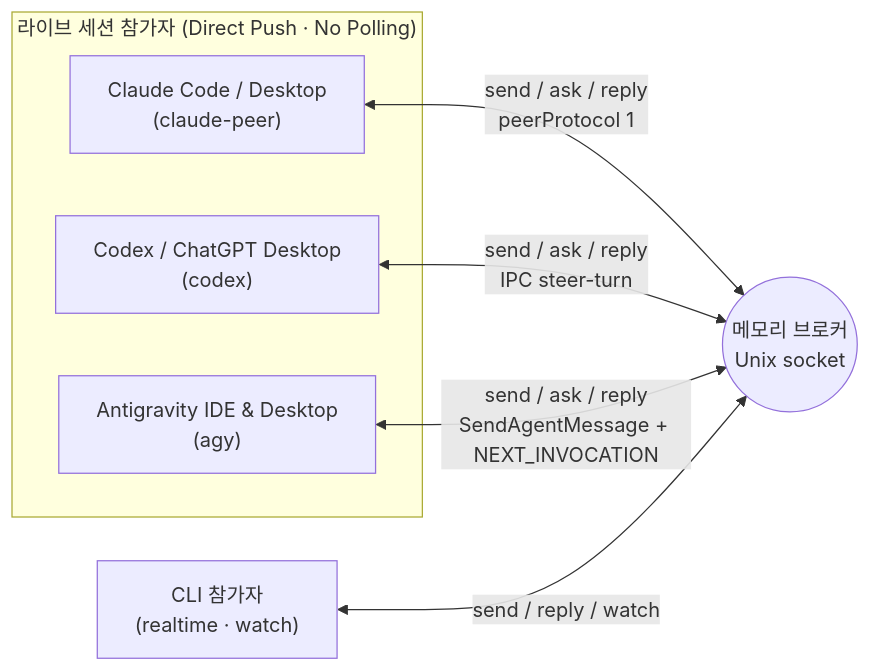
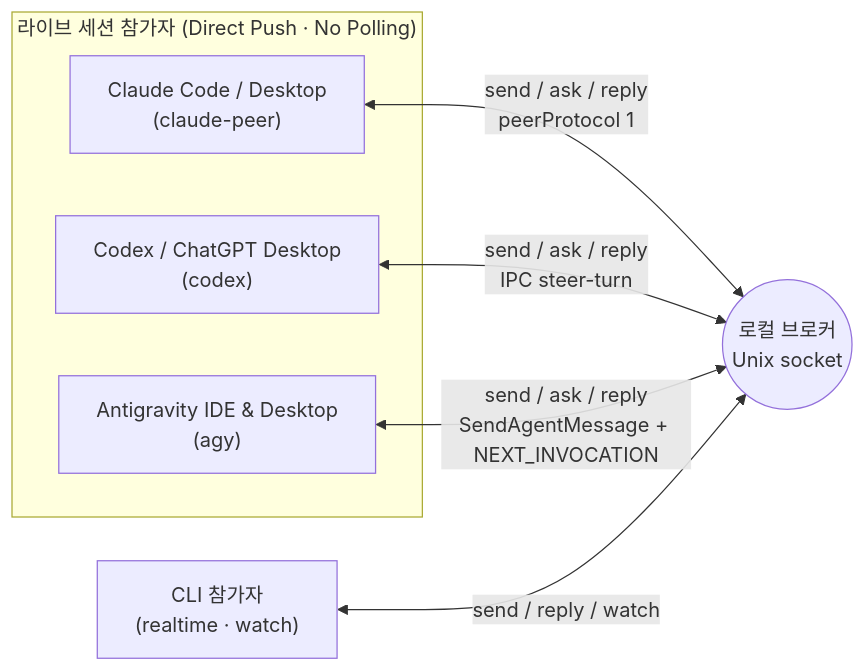
The diagram in docs/ko/README.md (firejune/AgentBridge), drawn with Mermaid before and after one commit. The commit also changed other lines of this file and 14 other files, not shown here.

````diff
--- a/docs/ko/README.md
+++ b/docs/ko/README.md
@@ -32,15 +32,15 @@
 ```mermaid
 flowchart LR
     subgraph Live["라이브 세션 참가자 (Direct Push · No Polling)"]
         C["Claude Code / Desktop<br/>(claude-peer)"]
         X["Codex / ChatGPT Desktop<br/>(codex)"]
         A["Antigravity IDE & Desktop<br/>(agy)"]
     end
-    B(("메모리 브로커<br/>Unix socket"))
+    B(("로컬 브로커<br/>Unix socket"))
     W["CLI 참가자<br/>(realtime · watch)"]
 
     C <-->|"send / ask / reply<br/>peerProtocol 1"| B
     X <-->|"send / ask / reply<br/>IPC steer-turn"| B
     A <-->|"send / ask / reply<br/>SendAgentMessage + NEXT_INVOCATION"| B
     W <-->|"send / reply / watch"| B
 ```
````
